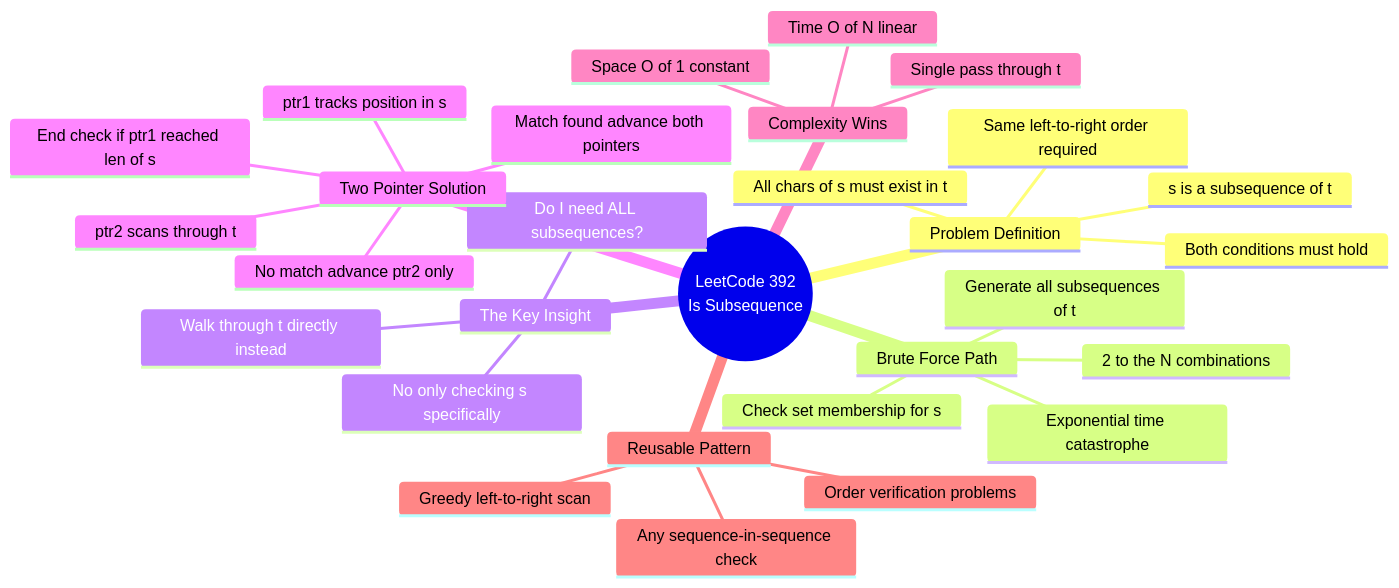
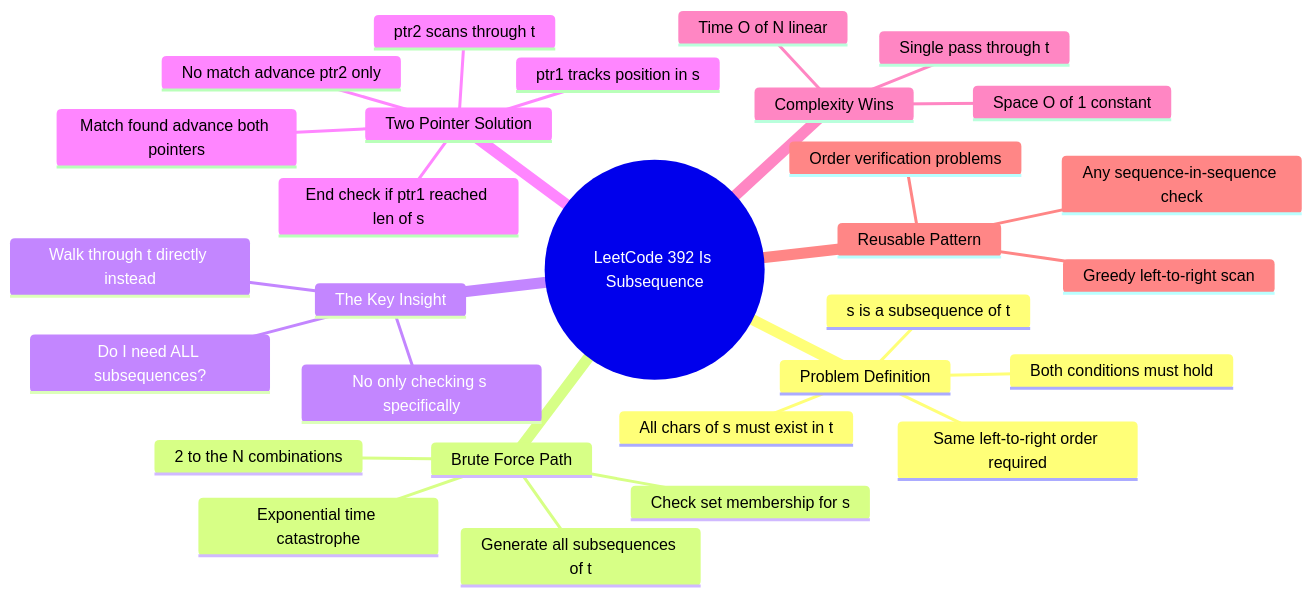
The ninth of 10 diagrams in 06 - Is Subsequence/README.md (M-F-Tushar/LeetCode-Problem-Solving), drawn with Mermaid before and after one commit. The commit also changed other lines of this file and 6 other files, not shown here.

Commit message:
fix diagram rendering

````diff
--- a/06 - Is Subsequence/README.md
+++ b/06 - Is Subsequence/README.md
@@ -507,33 +507,32 @@
 ```mermaid
 mindmap
-    root((LeetCode 392
-Is Subsequence))
+    root((LeetCode 392 Is Subsequence))
         Problem Definition
             s is a subsequence of t
             All chars of s must exist in t
             Same left-to-right order required
             Both conditions must hold
         Brute Force Path
             Generate all subsequences of t
             2 to the N combinations
             Check set membership for s
             Exponential time catastrophe
         The Key Insight
             Do I need ALL subsequences?
             No only checking s specifically
             Walk through t directly instead
         Two Pointer Solution
             ptr1 tracks position in s
             ptr2 scans through t
             Match found advance both pointers
             No match advance ptr2 only
             End check if ptr1 reached len of s
         Complexity Wins
             Time O of N linear
             Space O of 1 constant
             Single pass through t
         Reusable Pattern
             Any sequence-in-sequence check
             Greedy left-to-right scan
             Order verification problems
 ```
````
